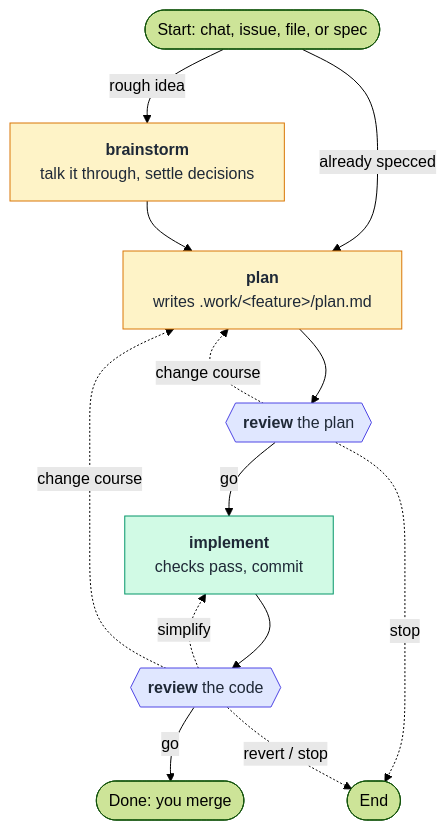
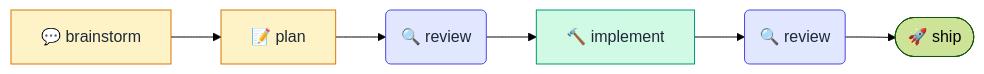
Before and after one commit to urza/devs: the first of 2 diagrams in README.md, drawn with Mermaid (forest theme). The commit also changed other lines of this file and 1 other file, not shown here.

Commit message:
Simplify the README diagrams for a quick first look
The flow is one line of six steps, and the review diagram shows only the
fresh reviewers, step back, and you. The text below explains the details.

````diff
--- a/README.md
+++ b/README.md
@@ -14,32 +14,11 @@
 ```mermaid
-%%{init: {"flowchart": {"wrappingWidth": 260}}}%%
-flowchart TD
-    start(["Start: chat, issue, file, or spec"])
-    brainstorm["<b>brainstorm</b><br/>talk it through, settle decisions"]
-    plan["<b>plan</b><br/>writes .work/#lt;feature#gt;/plan.md"]
-    rplan{{"<b>review</b> the plan"}}
-    implement["<b>implement</b><br/>checks pass, commit"]
-    rcode{{"<b>review</b> the code"}}
-    done(["Done: you merge"])
-    stop(["End"])
-
-    start -->|rough idea| brainstorm
-    start -->|already specced| plan
-    brainstorm --> plan
-    plan --> rplan
-    rplan -->|go| implement
-    rplan -.->|change course| plan
-    rplan -.->|stop| stop
-    implement --> rcode
-    rcode -->|go| done
-    rcode -.->|simplify| implement
-    rcode -.->|change course| plan
-    rcode -.->|revert / stop| stop
+flowchart LR
+    brainstorm["💬 brainstorm"] --> plan["📝 plan"] --> r1("🔍 review") --> implement["🔨 implement"] --> r2("🔍 review") --> ship(["🚀 ship"])
 
     classDef think fill:#fef3c7,stroke:#d97706,color:#1f2937
     classDef build fill:#d1fae5,stroke:#059669,color:#1f2937
     classDef review fill:#e0e7ff,stroke:#4f46e5,color:#1f2937
     class brainstorm,plan think
     class implement build
-    class rplan,rcode review
+    class r1,r2 review
 ```
````
